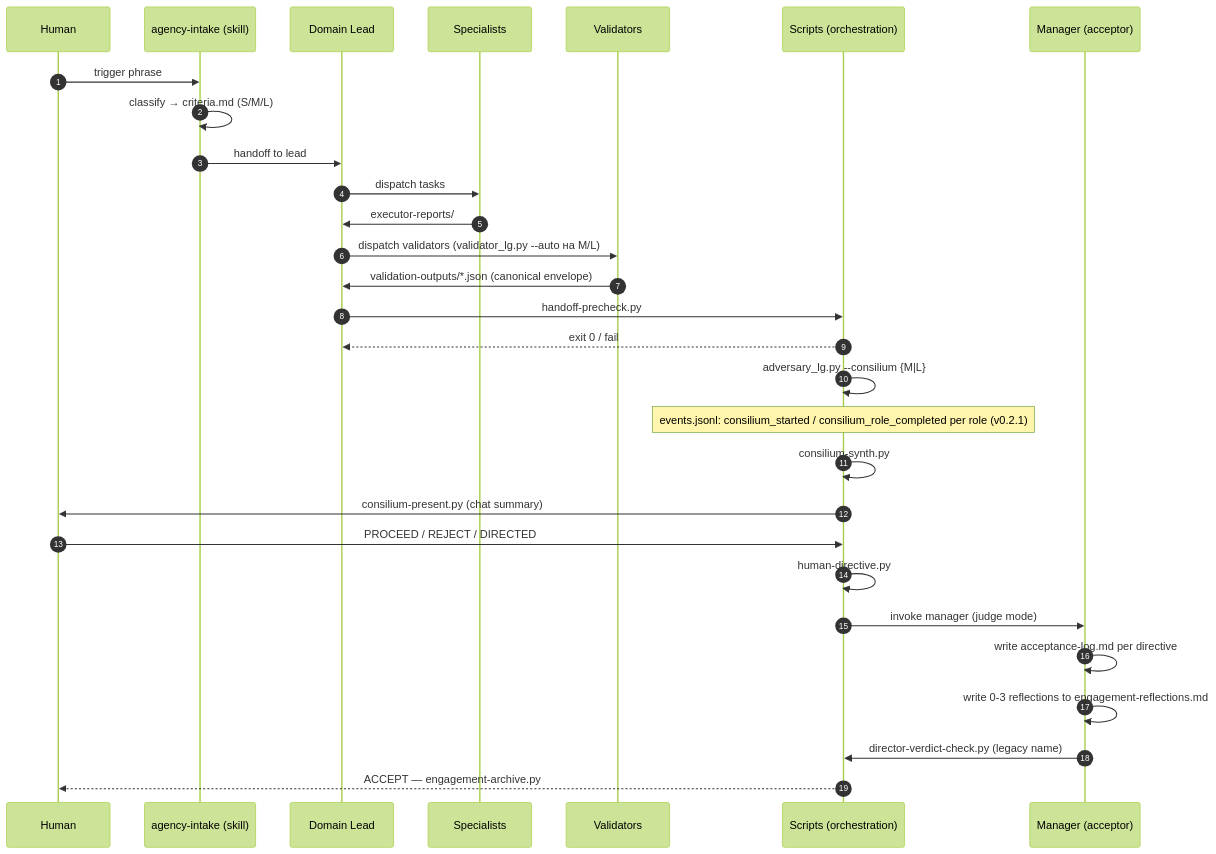
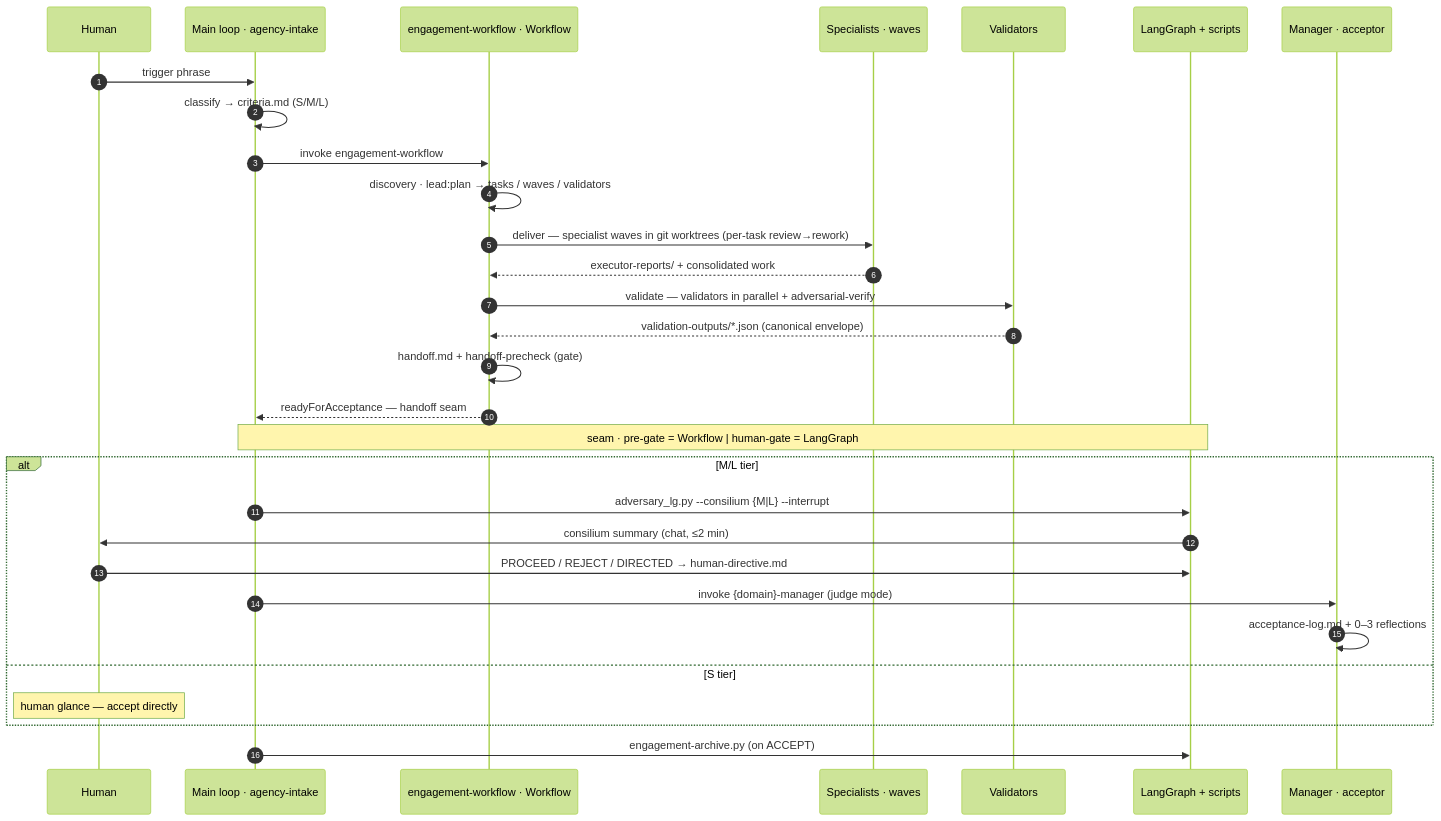
One commit to AgentShekel/agentic-workflow changed the second of 2 diagrams in README.ru.md. Above: the diagram before and after it, drawn with Mermaid (forest theme). The commit also changed other lines of this file and 96 other files, not shown here.

First line of the commit message:
feat: v0.3 — engagement orchestration unified under the engagement-workflow Workflow

````diff
--- a/README.ru.md
+++ b/README.ru.md
@@ -189,32 +199,33 @@
 ```mermaid
 sequenceDiagram
     autonumber
     participant U as Human
-    participant SK as agency-intake (skill)
-    participant L as Domain Lead
-    participant SP as Specialists
+    participant ML as Main loop · agency-intake
+    participant WF as engagement-workflow · Workflow
+    participant SP as Specialists · waves
     participant V as Validators
-    participant SC as Scripts (orchestration)
-    participant M as Manager (acceptor)
+    participant SC as LangGraph + scripts
+    participant M as Manager · acceptor
 
-    U->>SK: trigger phrase
-    SK->>SK: classify → criteria.md (S/M/L)
-    SK->>L: handoff to lead
-    L->>SP: dispatch tasks
-    SP->>L: executor-reports/
-    L->>V: dispatch validators (validator_lg.py --auto на M/L)
-    V->>L: validation-outputs/*.json (canonical envelope)
-    L->>SC: handoff-precheck.py
-    SC-->>L: exit 0 / fail
-    SC->>SC: adversary_lg.py --consilium {M|L}
-    Note over SC: events.jsonl: consilium_started / consilium_role_completed per role (v0.2.1)
-    SC->>SC: consilium-synth.py
-    SC->>U: consilium-present.py (chat summary)
-    U->>SC: PROCEED / REJECT / DIRECTED
-    SC->>SC: human-directive.py
-    SC->>M: invoke manager (judge mode)
-    M->>M: write acceptance-log.md per directive
-    M->>M: write 0-3 reflections to engagement-reflections.md
-    M->>SC: director-verdict-check.py (legacy name)
-    SC-->>U: ACCEPT — engagement-archive.py
+    U->>ML: trigger phrase
+    ML->>ML: classify → criteria.md (S/M/L)
+    ML->>WF: invoke engagement-workflow
+    WF->>WF: discovery · lead:plan → tasks / waves / validators
+    WF->>SP: deliver — specialist waves in git worktrees (per-task review→rework)
+    SP-->>WF: executor-reports/ + consolidated work
+    WF->>V: validate — validators in parallel + adversarial-verify
+    V-->>WF: validation-outputs/*.json (canonical envelope)
+    WF->>WF: handoff.md + handoff-precheck (gate)
+    WF-->>ML: readyForAcceptance — handoff seam
+    Note over ML,SC: seam · pre-gate = Workflow | human-gate = LangGraph
+    alt M/L tier
+        ML->>SC: adversary_lg.py --consilium {M|L} --interrupt
+        SC->>U: consilium summary (chat, ≤2 min)
+        U->>SC: PROCEED / REJECT / DIRECTED → human-directive.md
+        ML->>M: invoke {domain}-manager (judge mode)
+        M->>M: acceptance-log.md + 0–3 reflections
+    else S tier
+        Note over U: human glance — accept directly
+    end
+    ML->>SC: engagement-archive.py (on ACCEPT)
 ```
````
